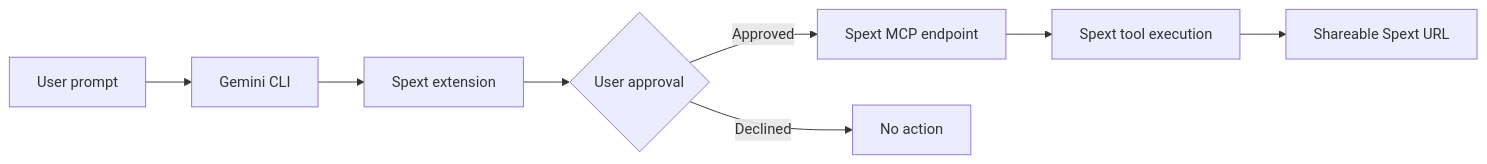
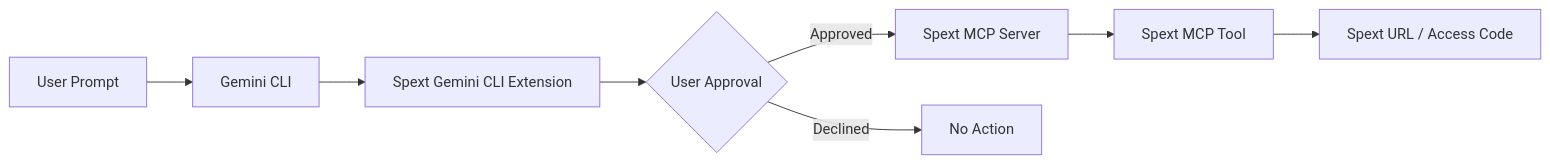
One commit to irontoreofficial/spext-gemini-extension changed the diagram in README.md. Above: the diagram before and after it, drawn with Mermaid. The commit also changed other lines of this file, not shown here.

````diff
--- a/README.md
+++ b/README.md
@@ -119,10 +388,10 @@
 ```mermaid
 flowchart LR
-    U["User prompt"] --> G["Gemini CLI"]
-    G --> E["Spext extension"]
-    E --> A{"User approval"}
-    A -->|Approved| M["Spext MCP endpoint"]
-    A -->|Declined| X["No action"]
-    M --> T["Spext tool execution"]
-    T --> R["Shareable Spext URL"]
+    U["User Prompt"] --> G["Gemini CLI"]
+    G --> E["Spext Gemini CLI Extension"]
+    E --> A{"User Approval"}
+    A -->|Approved| M["Spext MCP Server"]
+    A -->|Declined| X["No Action"]
+    M --> T["Spext MCP Tool"]
+    T --> R["Spext URL / Access Code"]
 ```
````
